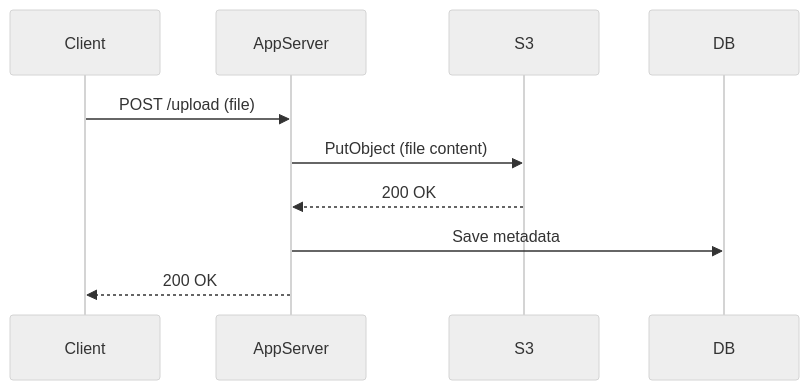
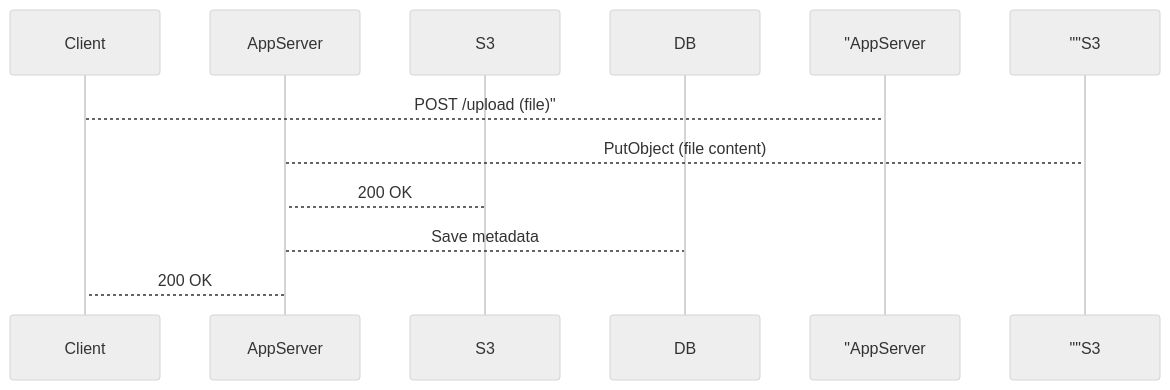
Before and after one commit to ShalomDeitch1/examples: the second of 10 diagrams in dropbox/README.md, drawn with Mermaid (neutral theme). The commit also changed other lines of this file, not shown here.

````diff
--- a/dropbox/README.md
+++ b/dropbox/README.md
@@ -40,13 +40,13 @@
 ```mermaid
 sequenceDiagram
   participant Client
   participant AppServer
   participant S3
   participant DB
 
-  Client->>AppServer: POST /upload (file)
-  AppServer->>S3: PutObject (file content)
-  S3-->>AppServer: 200 OK
-  AppServer->>DB: Save metadata
-  AppServer-->>Client: 200 OK
+  Client-->"AppServer: POST /upload (file)"
+  AppServer-->""S3: PutObject (file content)
+  S3-->AppServer: 200 OK
+  AppServer-->DB: Save metadata
+  AppServer-->Client: 200 OK
 ```
````
